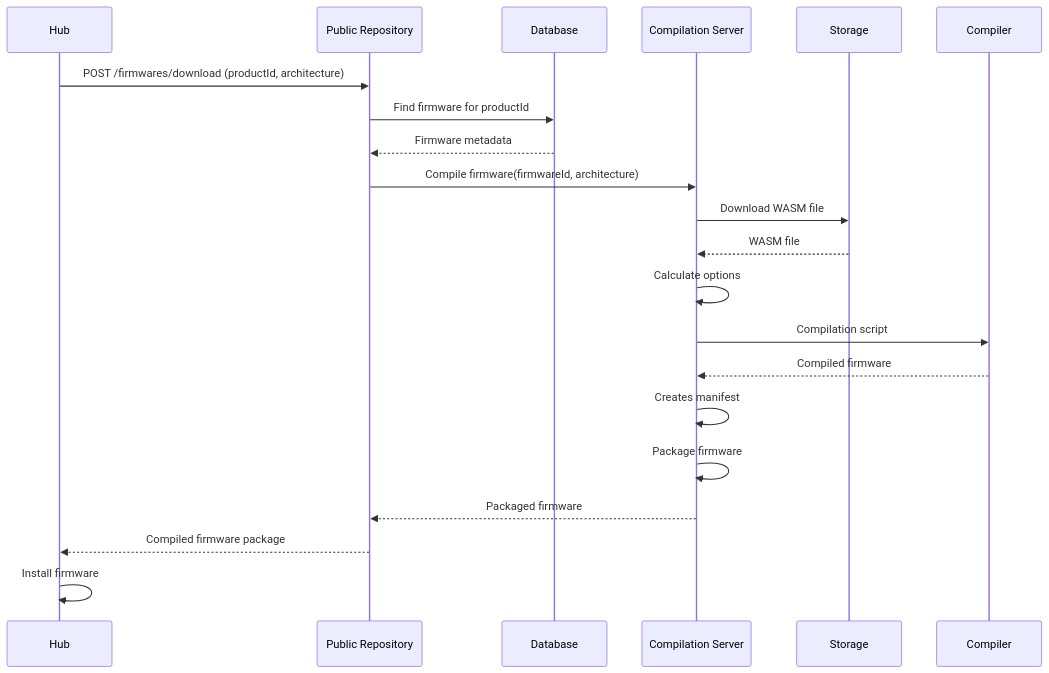
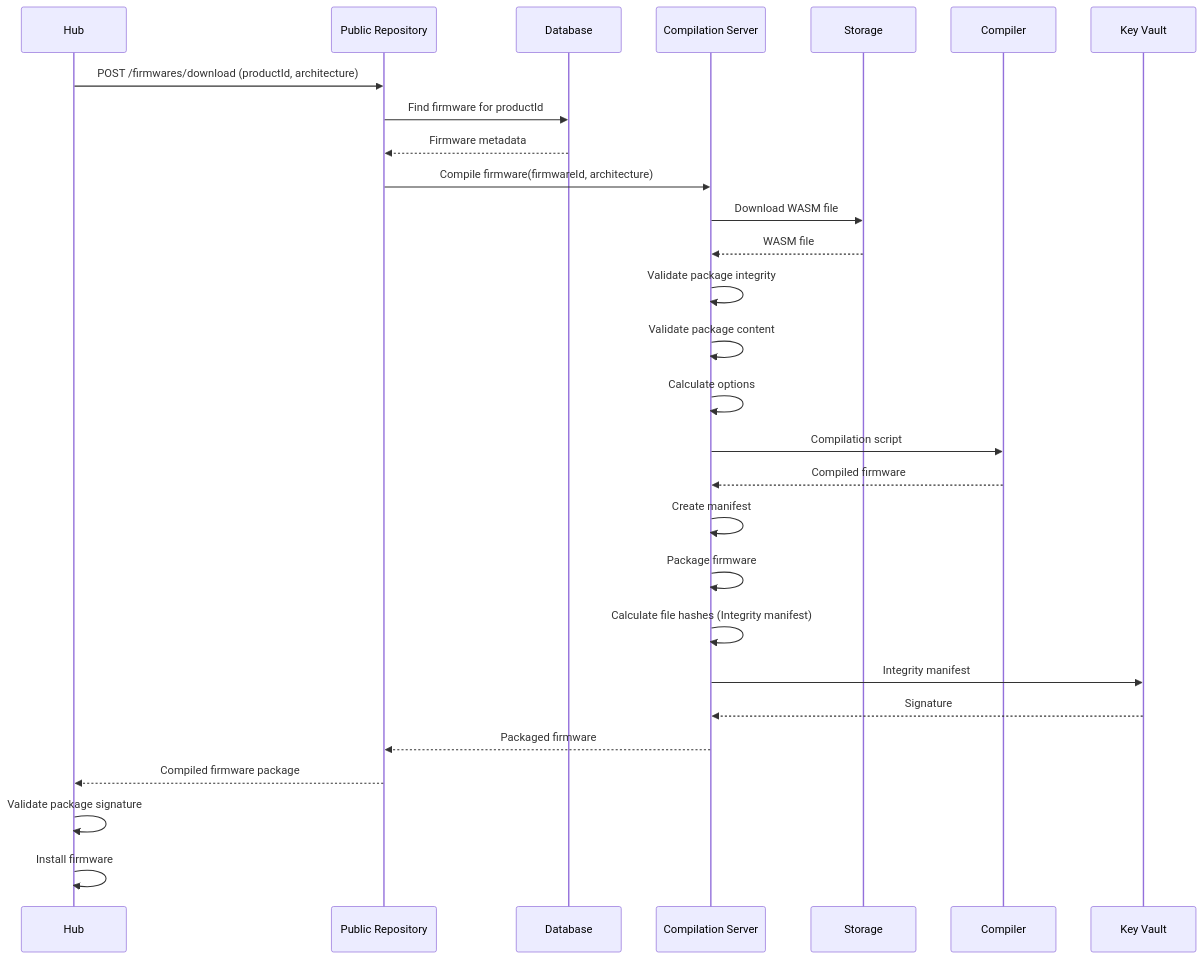
The third of 3 diagrams in Cloud/Documentation/README.md (arepetti/Tinkwell-Firmwareless), drawn with Mermaid before and after one commit. The commit also changed other lines of this file and 7 other files, not shown here.

````diff
--- a/Cloud/Documentation/README.md
+++ b/Cloud/Documentation/README.md
@@ -112,24 +116,31 @@
 ```mermaid
 sequenceDiagram
     participant Hub
     participant Public Repository
     participant Database
     participant Compilation Server
     participant Storage
     participant Compiler
+    participant Key Vault
 
     Hub->>Public Repository: POST /firmwares/download (productId, architecture)
     Public Repository->>Database: Find firmware for productId
     Database-->>Public Repository: Firmware metadata
     Public Repository->>Compilation Server: Compile firmware(firmwareId, architecture)
     Compilation Server->>Storage: Download WASM file
     Storage-->>Compilation Server: WASM file
+    Compilation Server->>Compilation Server: Validate package integrity
+    Compilation Server->>Compilation Server: Validate package content
     Compilation Server->>Compilation Server: Calculate options
     Compilation Server->>Compiler: Compilation script
     Compiler-->>Compilation Server: Compiled firmware
-    Compilation Server->>Compilation Server: Creates manifest
+    Compilation Server->>Compilation Server: Create manifest
     Compilation Server->>Compilation Server: Package firmware
+    Compilation Server->>Compilation Server: Calculate file hashes (Integrity manifest)
+    Compilation Server->>Key Vault: Integrity manifest 
+    Key Vault-->>Compilation Server: Signature 
     Compilation Server-->>Public Repository: Packaged firmware
     Public Repository-->>Hub: Compiled firmware package
+    Hub->>Hub: Validate package signature
     Hub->>Hub: Install firmware
 ```
````
